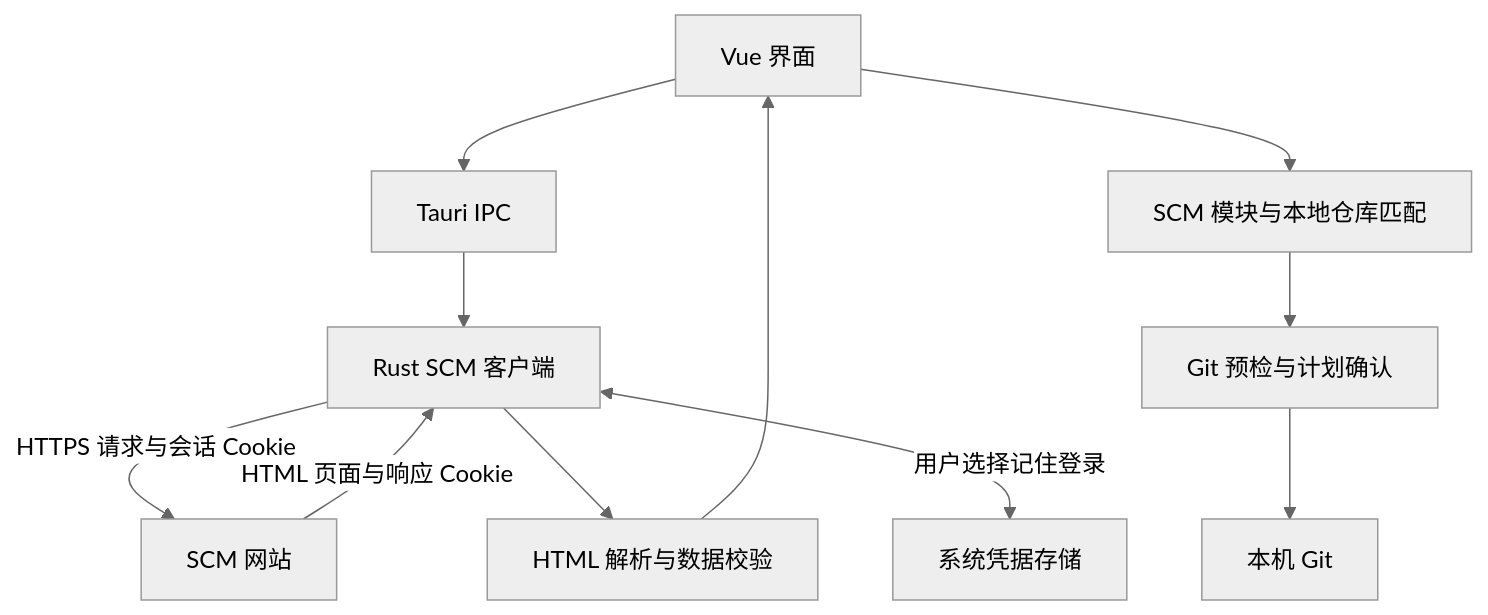
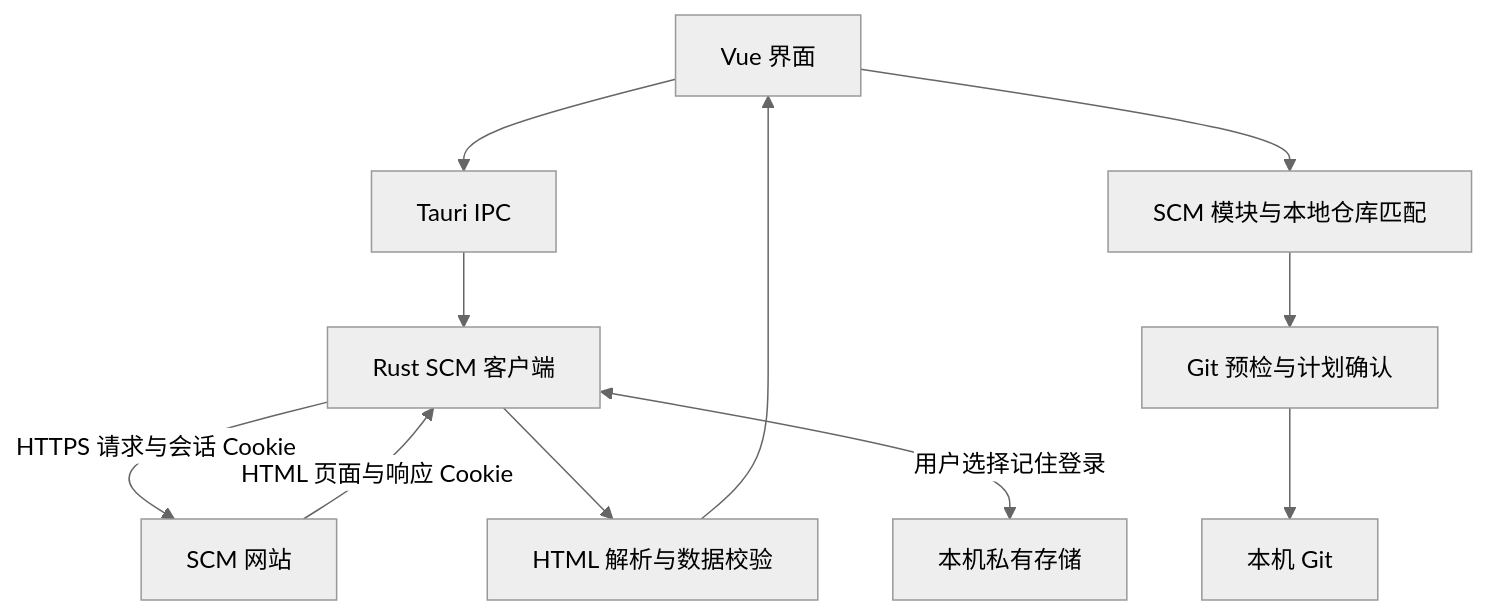
The first of 2 diagrams in docs/scm-flow.md (aixiaodoucn/devDock), drawn with Mermaid (neutral theme) before and after one commit. The commit also changed other lines of this file and 40 other files, not shown here.

````diff
--- a/docs/scm-flow.md
+++ b/docs/scm-flow.md
@@ -9,13 +9,13 @@
 ```mermaid
 flowchart TD
     UI[Vue 界面] --> API[Tauri IPC]
     API --> SCMClient[Rust SCM 客户端]
     SCMClient -->|HTTPS 请求与会话 Cookie| SCM[SCM 网站]
     SCM -->|HTML 页面与响应 Cookie| SCMClient
     SCMClient --> Parser[HTML 解析与数据校验]
     Parser --> UI
-    SCMClient <-->|用户选择记住登录| Store[系统凭据存储]
+    SCMClient <-->|用户选择记住登录| Store[本机私有存储]
     UI --> Mapping[SCM 模块与本地仓库匹配]
     Mapping --> Plan[Git 预检与计划确认]
     Plan --> Git[本机 Git]
 ```
````
